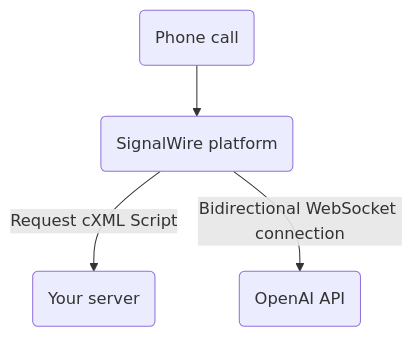
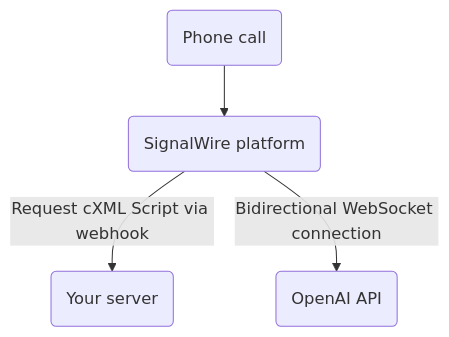
Before and after one commit to signalwire/docs: the first of 2 diagrams in website/docs/main/compatibility-api/guides/voice/nodejs/realtime-streaming-to-openai/index.mdx, drawn with Mermaid. The commit also changed other lines of this file, not shown here.

````diff
--- a/website/docs/main/compatibility-api/guides/voice/nodejs/realtime-streaming-to-openai/index.mdx
+++ b/website/docs/main/compatibility-api/guides/voice/nodejs/realtime-streaming-to-openai/index.mdx
@@ -45,6 +46,6 @@
 ```mermaid
 flowchart TD
     A(Phone call) --> B(SignalWire platform)
-    B --> |Request cXML Script| C(Your server)
+    B --> |Request cXML Script via webhook| C(Your server)
     B --> |Bidirectional WebSocket connection| D(OpenAI API)
 ```
````
